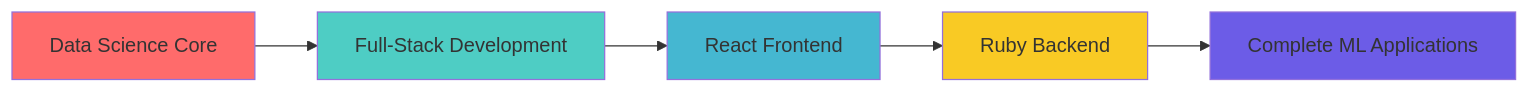
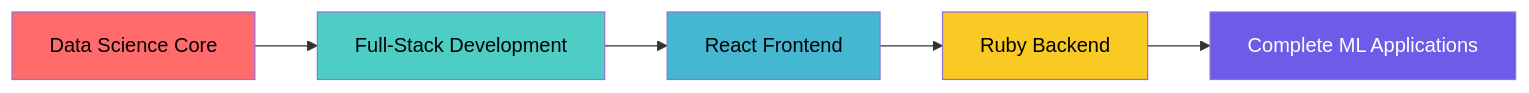
The diagram in README.md (Neel-Chudasama/Neel-Chudasama), drawn with Mermaid before and after one commit.

````diff
--- a/README.md
+++ b/README.md
@@ -136,13 +136,13 @@
 ```mermaid
 graph LR
     A[Data Science Core] --> B[Full-Stack Development]
     B --> C[React Frontend]
     C --> D[Ruby Backend]
     D --> E[Complete ML Applications]
     
-    style A fill:#ff6b6b
-    style B fill:#4ecdc4
-    style C fill:#45b7d1
-    style D fill:#f9ca24
-    style E fill:#6c5ce7
+    style A fill:#ff6b6b,color:#000000
+    style B fill:#4ecdc4,color:#000000
+    style C fill:#45b7d1,color:#000000
+    style D fill:#f9ca24,color:#000000
+    style E fill:#6c5ce7,color:#ffffff
 ```
````
